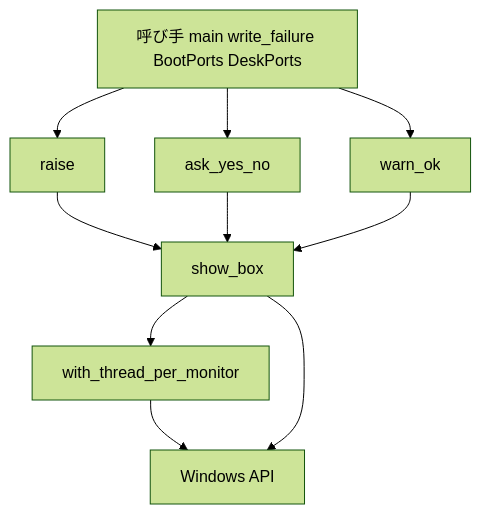
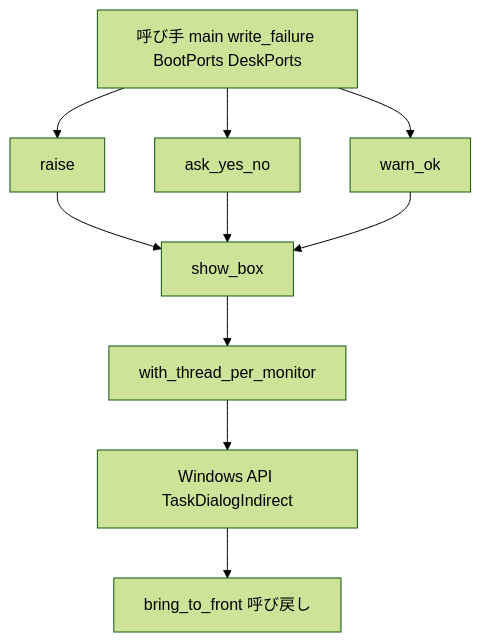
Before and after one commit to ekicyou/areka: the first of 2 diagrams in .kiro/specs/alert-dialog-per-monitor-dpi/design.md, drawn with Mermaid (forest theme). The commit also changed other lines of this file and 2 other files, not shown here.

Commit message:
docs(alert-dialog-per-monitor-dpi): 案 B（タスクダイアログ）で設計を作り直す

````diff
--- a/.kiro/specs/alert-dialog-per-monitor-dpi/design.md
+++ b/.kiro/specs/alert-dialog-per-monitor-dpi/design.md
@@ -68,19 +78,20 @@
 ```mermaid
 graph TB
     Callers[呼び手 main write_failure BootPorts DeskPorts]
     Raise[raise]
     Ask[ask_yes_no]
     Warn[warn_ok]
     ShowBox[show_box]
     Scope[with_thread_per_monitor]
-    Win32[Windows API]
+    Front[bring_to_front 呼び戻し]
+    Win32[Windows API TaskDialogIndirect]
     Callers --> Raise
     Callers --> Ask
     Callers --> Warn
     Raise --> ShowBox
     Ask --> ShowBox
     Warn --> ShowBox
     ShowBox --> Scope
     Scope --> Win32
-    ShowBox --> Win32
+    Win32 --> Front
 ```
````
